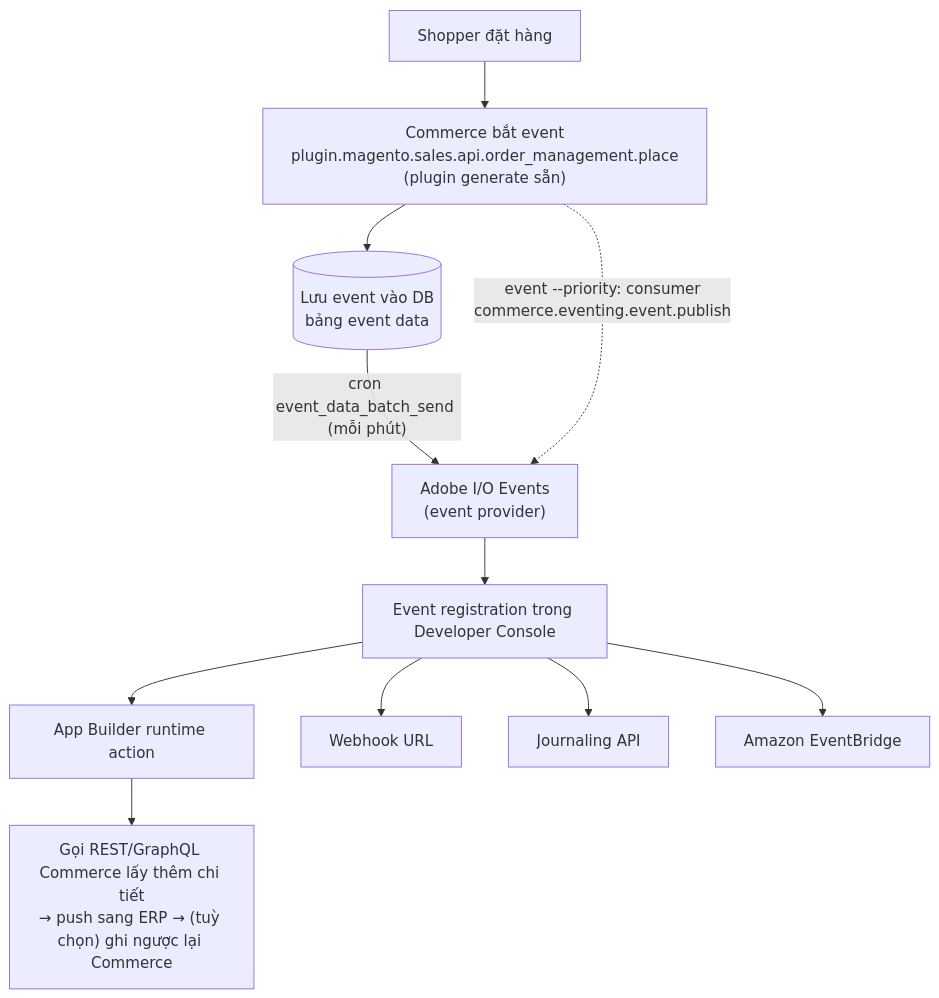
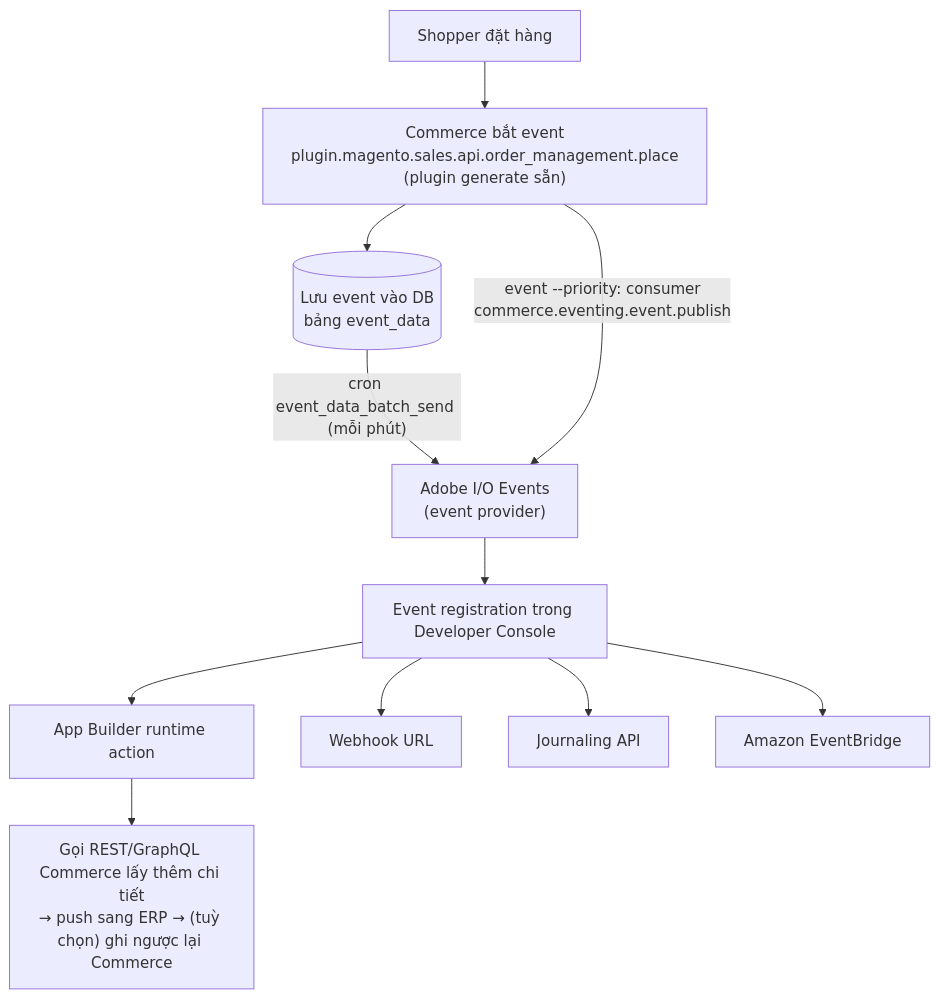
One commit to dpnam03/dev-doc changed the diagram in Dev Docs/10. Magento/10. Knowledge Base/Architecture/Event & Webhook/Event-driven Architecture with Adobe I_O Events.md. Above: the diagram before and after it, drawn with Mermaid. The commit also changed other lines of this file and 2 other files, not shown here.

Commit message:
magento-base-knowledge-architecture - review and update doc Dev Docs/10. Magento/10. Knowledge Base/Architecture/Event & Webhook

````diff
--- a/Dev Docs/10. Magento/10. Knowledge Base/Architecture/Event & Webhook/Event-driven Architecture with Adobe I_O Events.md
+++ b/Dev Docs/10. Magento/10. Knowledge Base/Architecture/Event & Webhook/Event-driven Architecture with Adobe I_O Events.md
@@ -25,13 +25,13 @@
 ```mermaid
 flowchart TD
     A[Shopper đặt hàng] --> B["Commerce bắt event<br/>plugin.magento.sales.api.order_management.place<br/>(plugin generate sẵn)"]
-    B --> C[("Lưu event vào DB<br/>bảng event data")]
+    B --> C[("Lưu event vào DB<br/>bảng event_data")]
     C -->|"cron event_data_batch_send (mỗi phút)"| D["Adobe I/O Events<br/>(event provider)"]
-    B -.->|"event --priority: consumer<br/>commerce.eventing.event.publish"| D
+    B -->|"event --priority: consumer<br/>commerce.eventing.event.publish"| D
     D --> E[Event registration trong Developer Console]
     E --> F1[App Builder runtime action]
     E --> F2[Webhook URL]
     E --> F3[Journaling API]
     E --> F4[Amazon EventBridge]
     F1 --> G["Gọi REST/GraphQL Commerce lấy thêm chi tiết<br/>→ push sang ERP → (tuỳ chọn) ghi ngược lại Commerce"]
 ```
````
